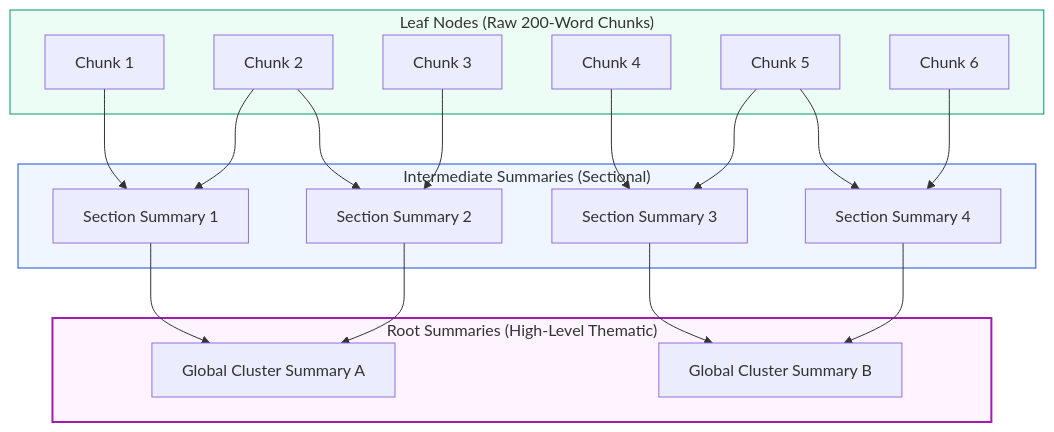
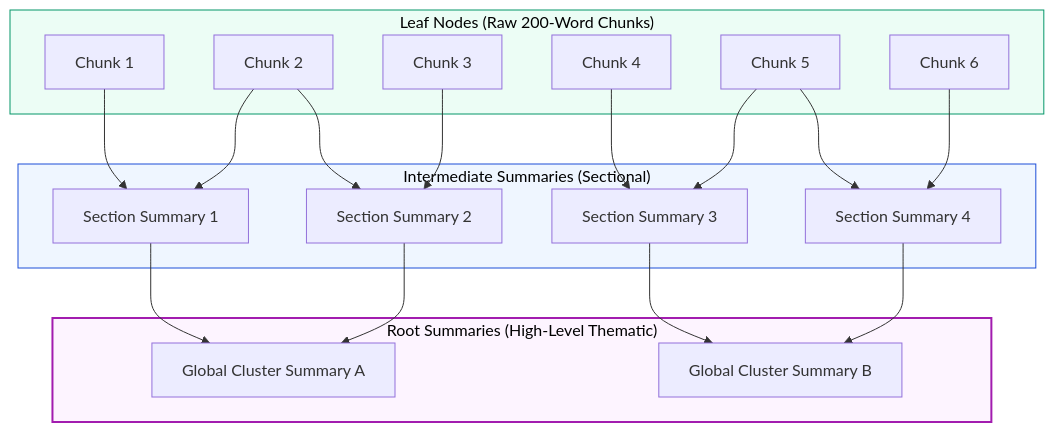
One commit to swapnil3104/RAG-Engineering changed the fifth of 7 diagrams in 12-Resources/Research-Papers.md. Above: the diagram before and after it, drawn with Mermaid. The commit also changed other lines of this file and 108 other files, not shown here.

Commit message:
fix: make chart text visible across all Mermaid diagrams and resolve markdown table formatting issues

````diff
--- a/12-Resources/Research-Papers.md
+++ b/12-Resources/Research-Papers.md
@@ -274,34 +274,34 @@
 ```mermaid
 flowchart TD
     subgraph Layer2 ["Root Summaries (High-Level Thematic)"]
         R1["Global Cluster Summary A"]
         R2["Global Cluster Summary B"]
     end
 
     subgraph Layer1 ["Intermediate Summaries (Sectional)"]
         S1["Section Summary 1"]
         S2["Section Summary 2"]
         S3["Section Summary 3"]
         S4["Section Summary 4"]
     end
 
     subgraph Layer0 ["Leaf Nodes (Raw 200-Word Chunks)"]
         C1["Chunk 1"]
         C2["Chunk 2"]
         C3["Chunk 3"]
         C4["Chunk 4"]
         C5["Chunk 5"]
         C6["Chunk 6"]
     end
 
     C1 & C2 --> S1
     C2 & C3 --> S2
     C4 & C5 --> S3
     C5 & C6 --> S4
     S1 & S2 --> R1
     S3 & S4 --> R2
 
-    style Layer2 fill:#fdf4ff,stroke:#a21caf,stroke-width:2px
-    style Layer1 fill:#eff6ff,stroke:#1d4ed8,stroke-width:1px
-    style Layer0 fill:#ecfdf5,stroke:#059669,stroke-width:1px
+    style Layer2 fill:#fdf4ff,stroke:#a21caf,stroke-width:2px,color:#000000
+    style Layer1 fill:#eff6ff,stroke:#1d4ed8,stroke-width:1px,color:#000000
+    style Layer0 fill:#ecfdf5,stroke:#059669,stroke-width:1px,color:#000000
 ```
````
